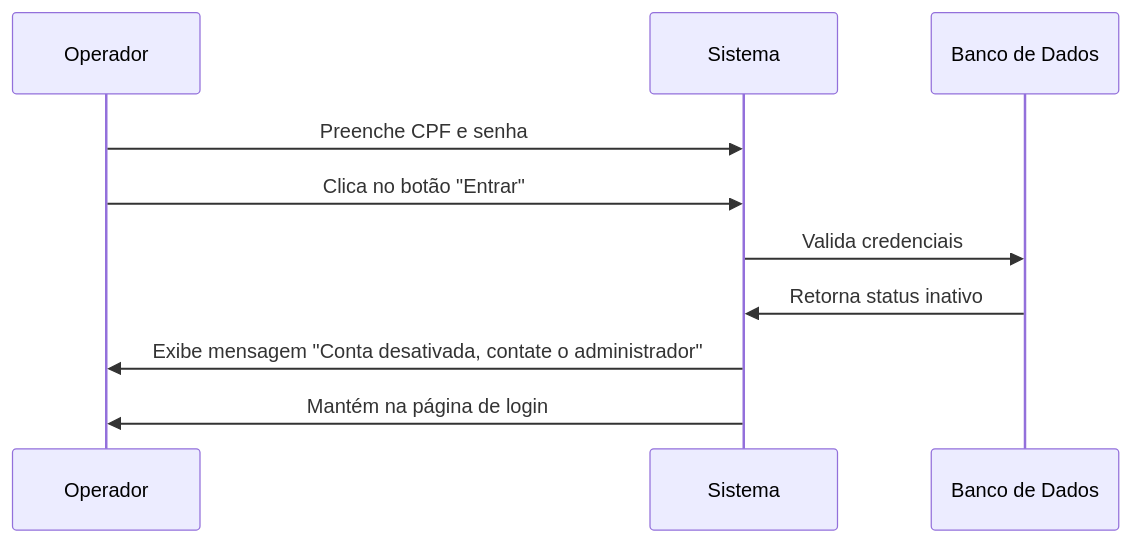
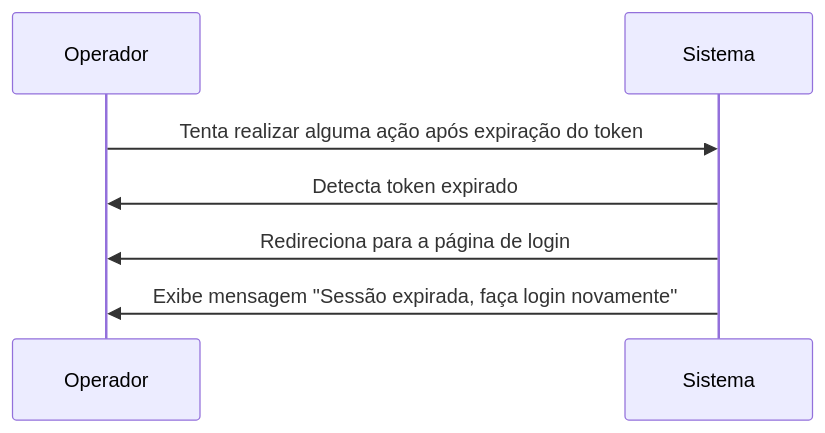
One commit to Bomsalvez/quilombo-docs changed the second of 3 diagrams in Writerside/topics/RF10.md. Above: the diagram before and after it, drawn with Mermaid. The commit also changed other lines of this file and 34 other files, not shown here.

````diff
--- a/Writerside/topics/RF10.md
+++ b/Writerside/topics/RF10.md
@@ -70,13 +48,10 @@
 ```mermaid
 sequenceDiagram
     participant O as Operador
     participant S as Sistema
-    participant DB as Banco de Dados
     
-    O->>S: Preenche CPF e senha
-    O->>S: Clica no botão "Entrar"
-    S->>DB: Valida credenciais
-    DB->>S: Retorna status inativo
-    S->>O: Exibe mensagem "Conta desativada, contate o administrador"
-    S->>O: Mantém na página de login
+    O->>S: Tenta realizar alguma ação após expiração do token
+    S->>O: Detecta token expirado
+    S->>O: Redireciona para a página de login
+    S->>O: Exibe mensagem "Sessão expirada, faça login novamente"
 ```
````
